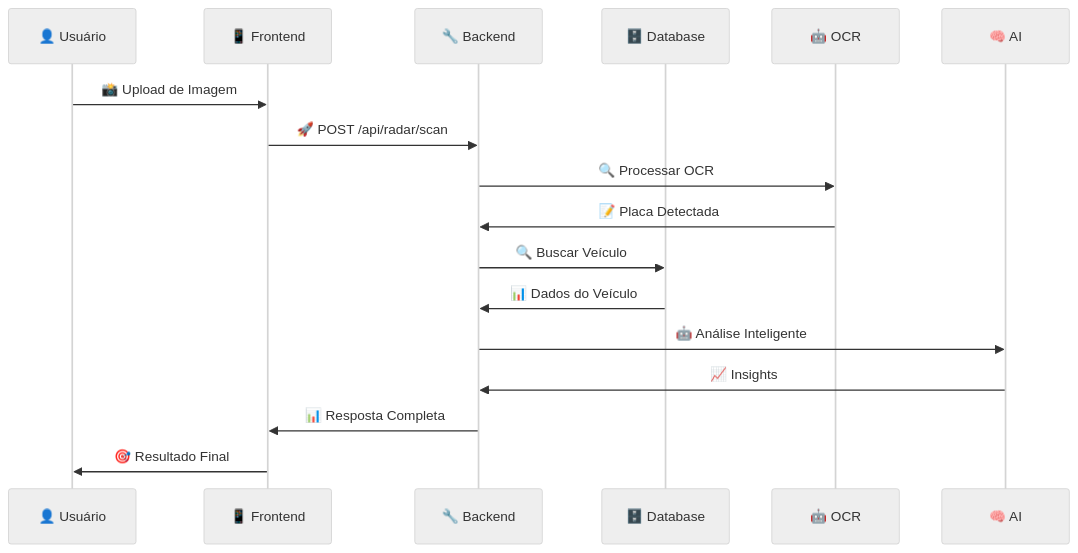
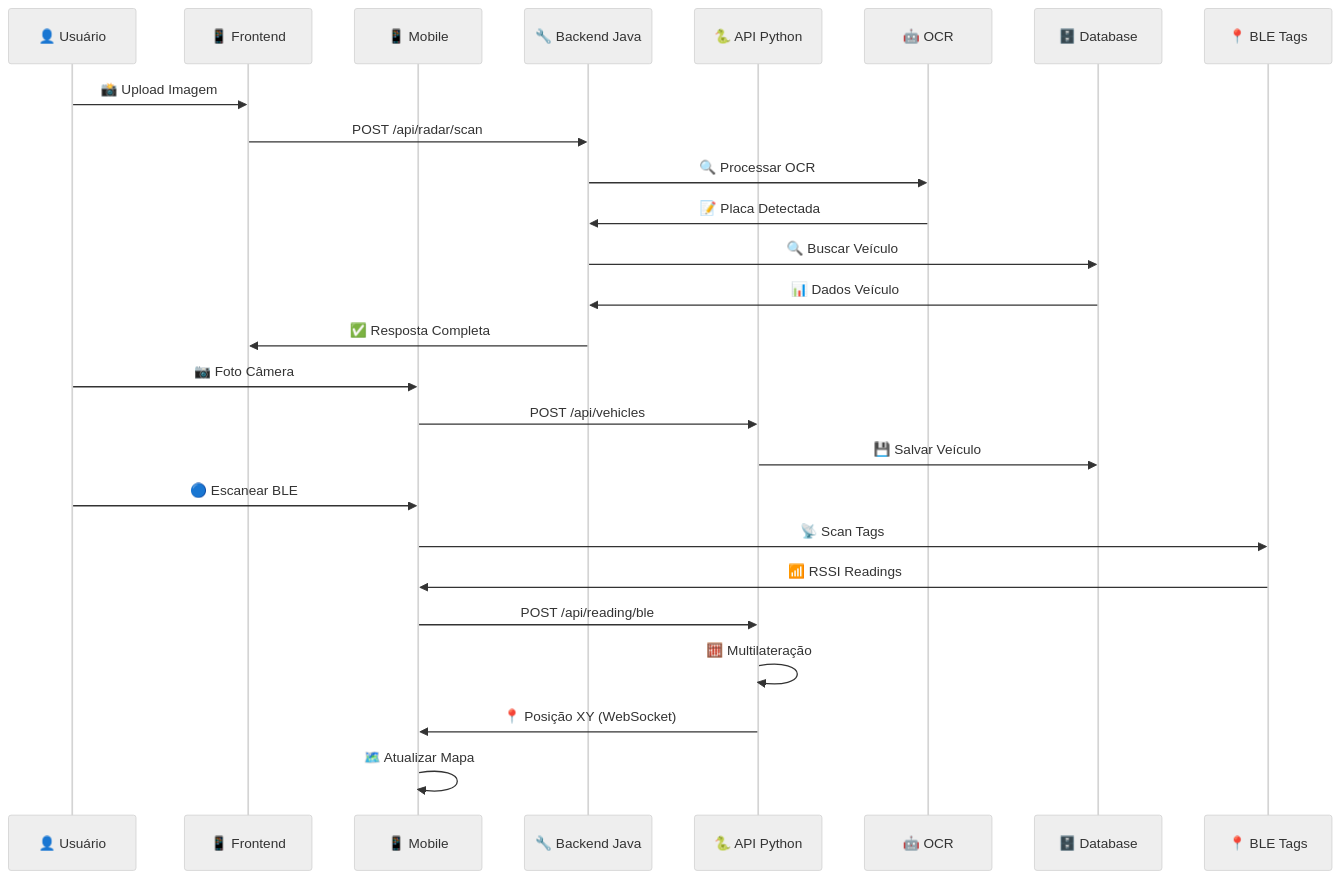
The sixth of 9 diagrams in README.md (carmipa/NEXT-2025), drawn with Mermaid (neutral theme) before and after one commit. The commit also changed other lines of this file and 3429 other files, not shown here.

````diff
--- a/README.md
+++ b/README.md
@@ -124,20 +292,31 @@
 ```mermaid
 sequenceDiagram
     participant U as 👤 Usuário
     participant F as 📱 Frontend
-    participant B as 🔧 Backend
+    participant M as 📱 Mobile
+    participant B as 🔧 Backend Java
+    participant P as 🐍 API Python
+    participant O as 🤖 OCR
     participant D as 🗄️ Database
-    participant O as 🤖 OCR
-    participant A as 🧠 AI
+    participant L as 📍 BLE Tags
     
-    U->>F: 📸 Upload de Imagem
-    F->>B: 🚀 POST /api/radar/scan
+    U->>F: 📸 Upload Imagem
+    F->>B: POST /api/radar/scan
     B->>O: 🔍 Processar OCR
     O->>B: 📝 Placa Detectada
     B->>D: 🔍 Buscar Veículo
-    D->>B: 📊 Dados do Veículo
-    B->>A: 🤖 Análise Inteligente
-    A->>B: 📈 Insights
-    B->>F: 📊 Resposta Completa
-    F->>U: 🎯 Resultado Final
+    D->>B: 📊 Dados Veículo
+    B->>F: ✅ Resposta Completa
+    
+    U->>M: 📷 Foto Câmera
+    M->>P: POST /api/vehicles
+    P->>D: 💾 Salvar Veículo
+    
+    U->>M: 🔵 Escanear BLE
+    M->>L: 📡 Scan Tags
+    L->>M: 📶 RSSI Readings
+    M->>P: POST /api/reading/ble
+    P->>P: 🧮 Multilateração
+    P->>M: 📍 Posição XY (WebSocket)
+    M->>M: 🗺️ Atualizar Mapa
 ```
````
